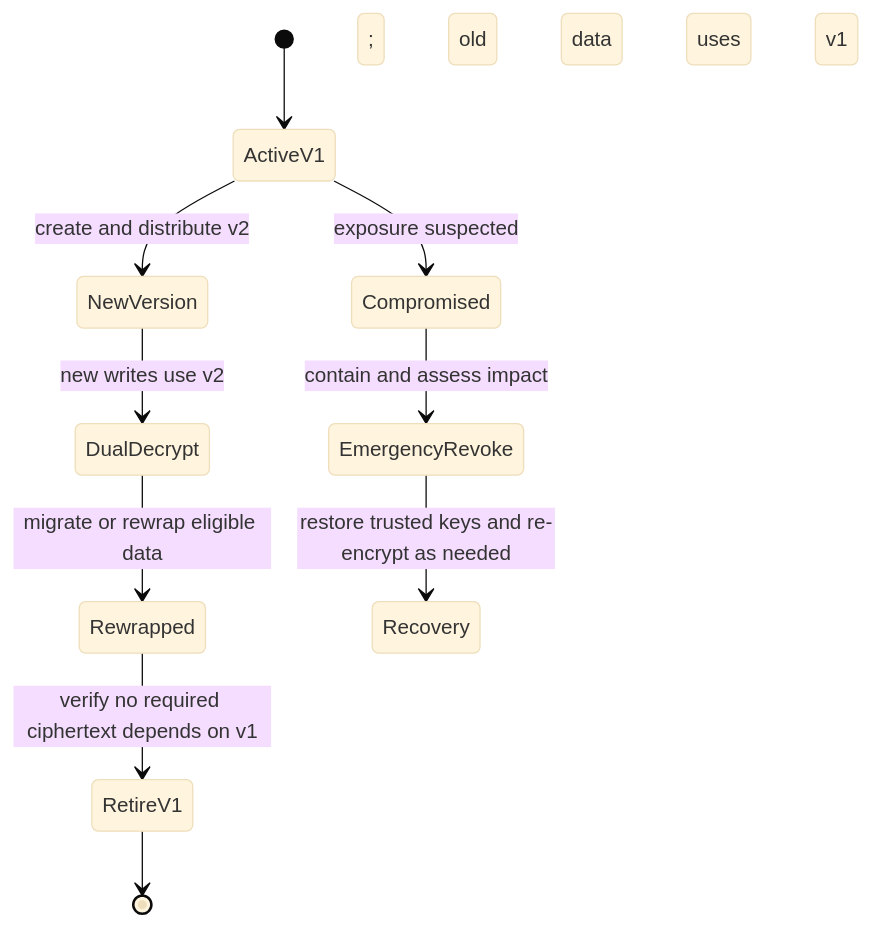
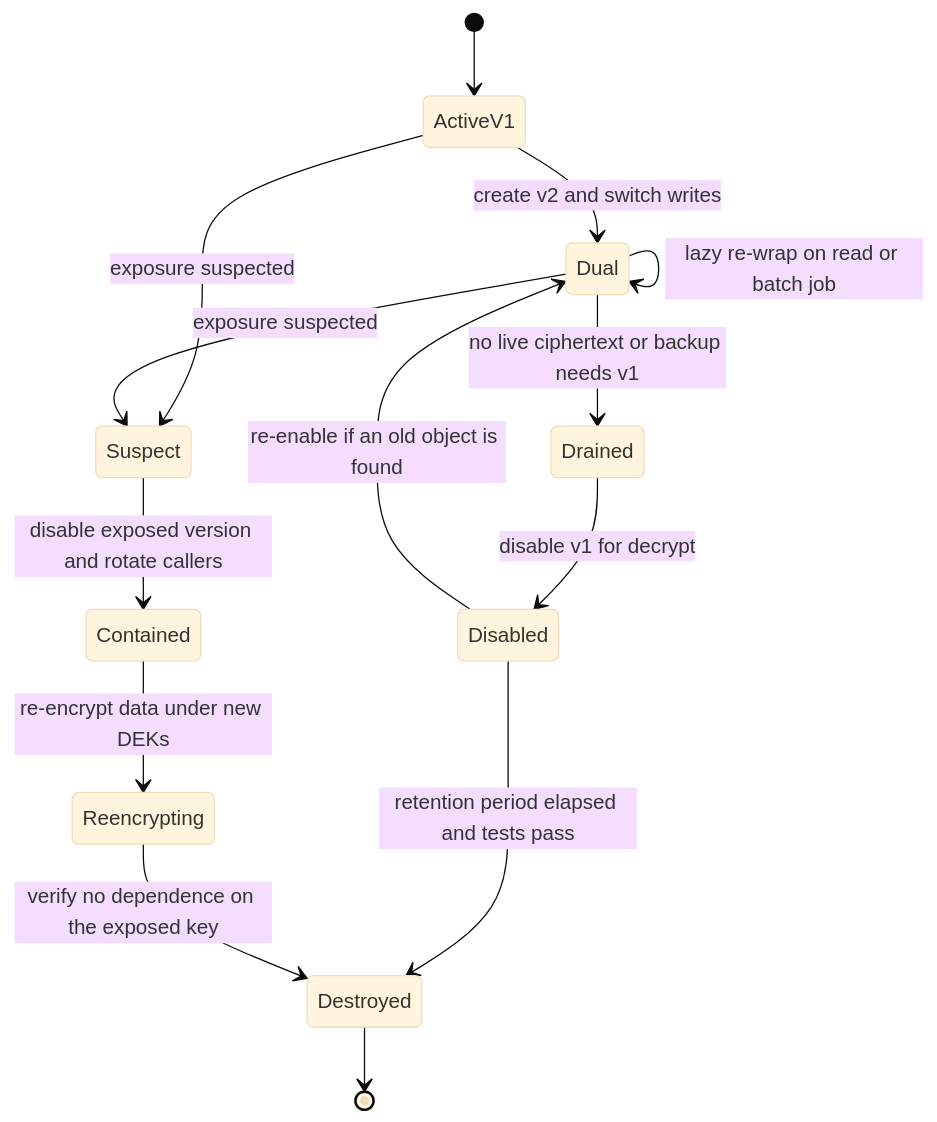
One commit to joydasss/Architect changed the sixth of 12 diagrams in 15_Security/CH10_Encryption.md. Above: the diagram before and after it, drawn with Mermaid (base theme). The commit also changed other lines of this file and 295 other files, not shown here.

````diff
--- a/15_Security/CH10_Encryption.md
+++ b/15_Security/CH10_Encryption.md
@@ -53,12 +416,16 @@
 ```mermaid
 stateDiagram-v2
     [*] --> ActiveV1
-    ActiveV1 --> NewVersion: create and distribute v2
-    NewVersion --> DualDecrypt: new writes use v2; old data uses v1
-    DualDecrypt --> Rewrapped: migrate or rewrap eligible data
-    Rewrapped --> RetireV1: verify no required ciphertext depends on v1
-    ActiveV1 --> Compromised: exposure suspected
-    Compromised --> EmergencyRevoke: contain and assess impact
-    EmergencyRevoke --> Recovery: restore trusted keys and re-encrypt as needed
-    RetireV1 --> [*]
+    ActiveV1 --> Dual: create v2 and switch writes
+    Dual --> Dual: lazy re-wrap on read or batch job
+    Dual --> Drained: no live ciphertext or backup needs v1
+    Drained --> Disabled: disable v1 for decrypt
+    Disabled --> Dual: re-enable if an old object is found
+    Disabled --> Destroyed: retention period elapsed and tests pass
+    ActiveV1 --> Suspect: exposure suspected
+    Dual --> Suspect: exposure suspected
+    Suspect --> Contained: disable exposed version and rotate callers
+    Contained --> Reencrypting: re-encrypt data under new DEKs
+    Reencrypting --> Destroyed: verify no dependence on the exposed key
+    Destroyed --> [*]
 ```
````
